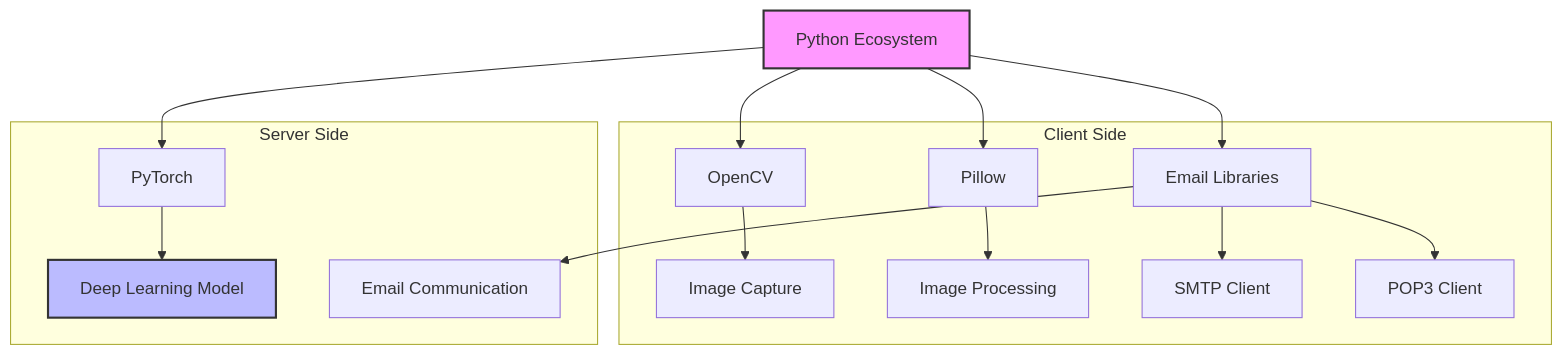
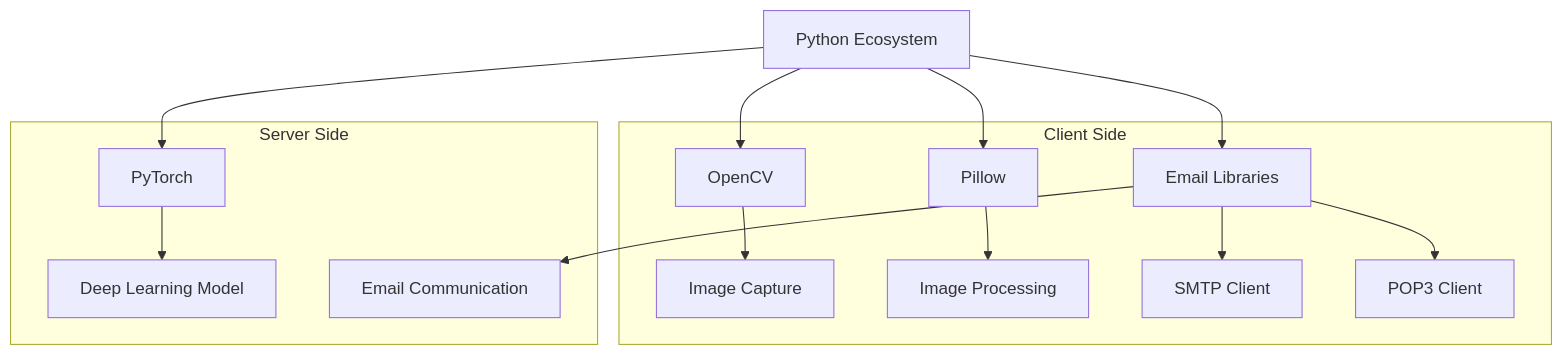
The sixth of 6 diagrams in README.md (onidian56/Image-Description-Generation-Using-Client-Server-Connection-with-Different-Networks), drawn with Mermaid before and after one commit. The commit also changed other lines of this file, not shown here.

````diff
--- a/README.md
+++ b/README.md
@@ -294,22 +283,19 @@
 ```mermaid
 graph TD
     A[Python Ecosystem] --> B[PyTorch]
     A --> C[OpenCV]
     A --> D[Pillow]
     A --> E[Email Libraries]
     
     subgraph "Client Side"
     C --> F[Image Capture]
     D --> G[Image Processing]
     E --> H[SMTP Client]
     E --> I[POP3 Client]
     end
     
     subgraph "Server Side"
     B --> J[Deep Learning Model]
     E --> K[Email Communication]
     end
-    
-    style A fill:#f9f,stroke:#333,stroke-width:2px
-    style J fill:#bbf,stroke:#333,stroke-width:2px
 ```
````
